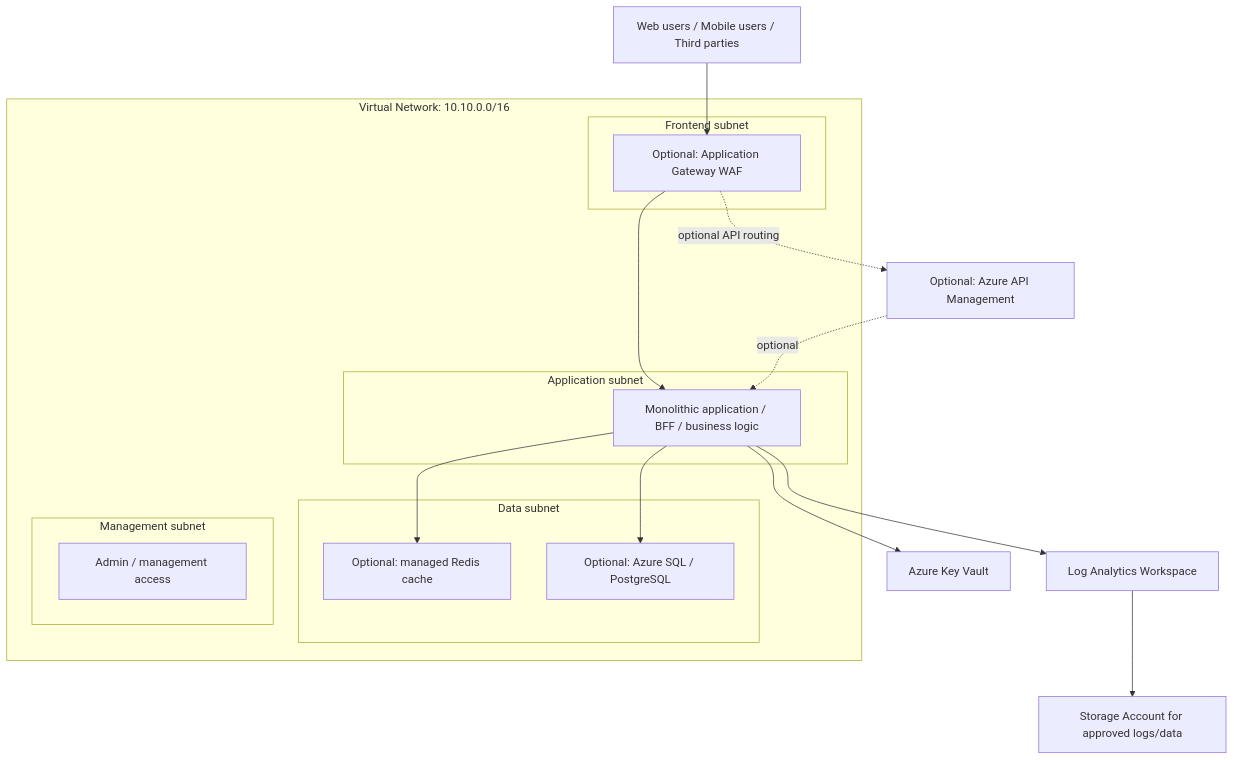
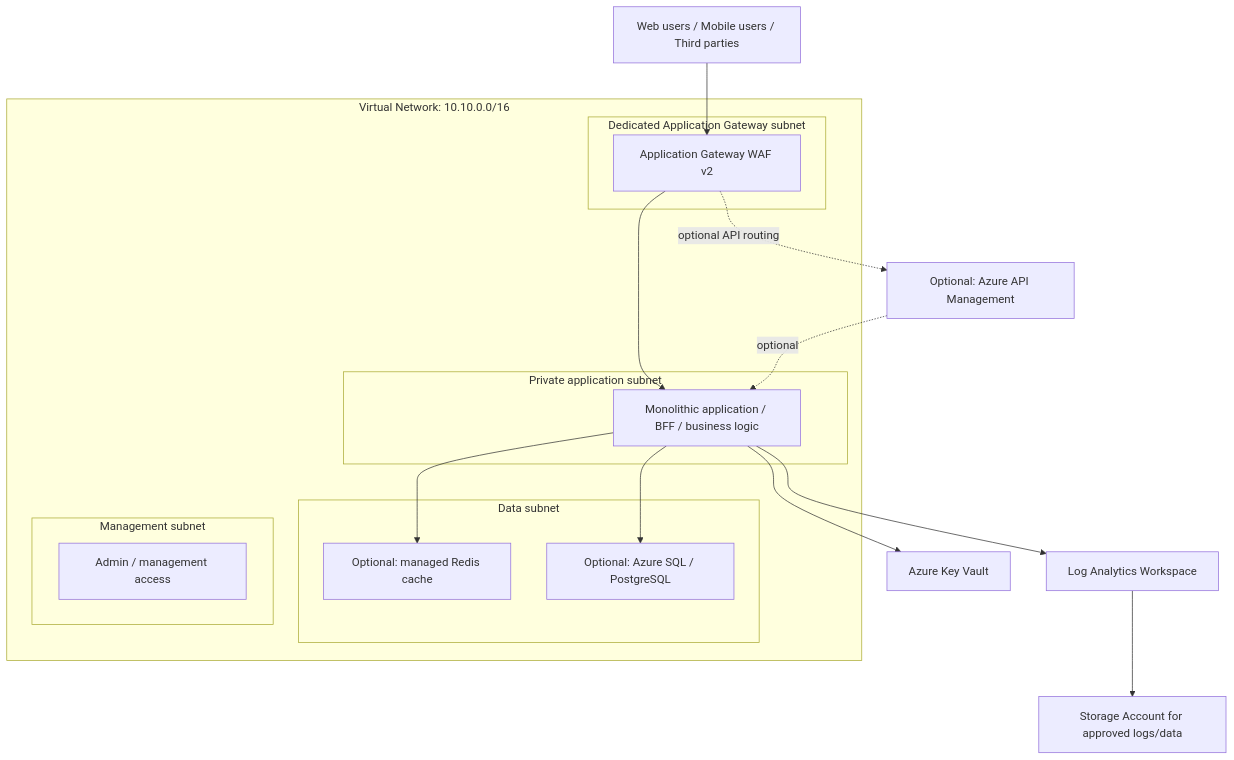
One commit to PradipGavhankar/Apna-DevOps-Roadmap-Terraform-se-Ansible-tak changed the diagram in 15-Enterprise-Project-Infra-Code/Monolythic_Infra_Landing_Zone/azurerm_dev_prod/README.md. Above: the diagram before and after it, drawn with Mermaid. The commit also changed other lines of this file and 22 other files, not shown here.

````diff
--- a/15-Enterprise-Project-Infra-Code/Monolythic_Infra_Landing_Zone/azurerm_dev_prod/README.md
+++ b/15-Enterprise-Project-Infra-Code/Monolythic_Infra_Landing_Zone/azurerm_dev_prod/README.md
@@ -51,38 +51,38 @@
 ```mermaid
 flowchart TB
     U[Web users / Mobile users / Third parties]
-    WAF[Optional: Application Gateway WAF]
+    WAF[Application Gateway WAF v2]
     APIM[Optional: Azure API Management]
     APP[Monolithic application / BFF / business logic]
     CACHE[Optional: managed Redis cache]
     DB[Optional: Azure SQL / PostgreSQL]
     KV[Azure Key Vault]
     LAW[Log Analytics Workspace]
     ST[Storage Account for approved logs/data]
 
     subgraph VNET[Virtual Network: 10.10.0.0/16]
-      subgraph FRONT[Frontend subnet]
+      subgraph FRONT[Dedicated Application Gateway subnet]
         WAF
       end
-      subgraph APPLICATION[Application subnet]
+      subgraph APPLICATION[Private application subnet]
         APP
       end
       subgraph DATA[Data subnet]
         DB
         CACHE
       end
       subgraph MANAGEMENT[Management subnet]
         ADMIN[Admin / management access]
       end
     end
 
     U --> WAF
     WAF -. optional API routing .-> APIM
     WAF --> APP
     APIM -. optional .-> APP
     APP --> DB
     APP --> CACHE
     APP --> KV
     APP --> LAW
     LAW --> ST
 ```
````
